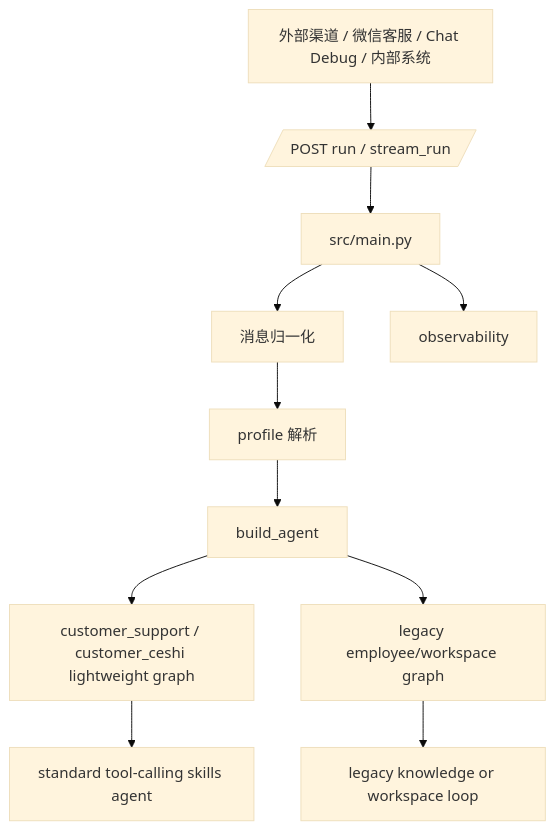
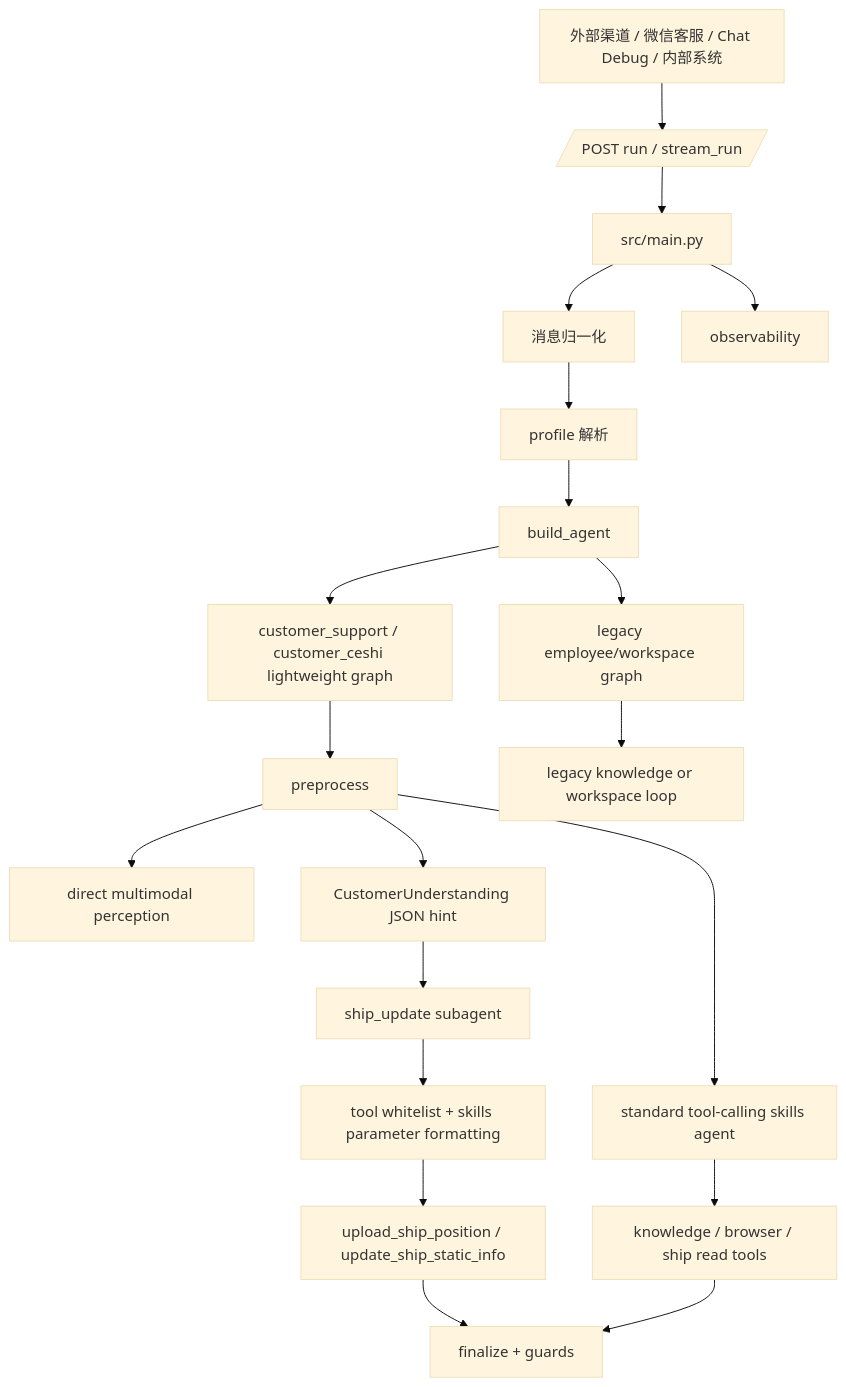
The first of 3 diagrams in docs/AGENT_TECHNICAL_DOCUMENTATION.md (lr12338/hifleet-agent), drawn with Mermaid (base theme) before and after one commit. The commit also changed other lines of this file and 14 other files, not shown here.

Commit message:
Refine ship update subagent formatting

````diff
--- a/docs/AGENT_TECHNICAL_DOCUMENTATION.md
+++ b/docs/AGENT_TECHNICAL_DOCUMENTATION.md
@@ -12,13 +12,22 @@
 ```mermaid
 flowchart TD
     Caller[外部渠道 / 微信客服 / Chat Debug / 内部系统] --> API[/POST run / stream_run/]
     API --> Main[src/main.py]
     Main --> Normalize[消息归一化]
     Normalize --> Profile[profile 解析]
     Profile --> Build[build_agent]
     Build --> CS[customer_support / customer_ceshi lightweight graph]
+    CS --> Pre[preprocess]
+    Pre --> Perception[direct multimodal perception]
+    Pre --> Understanding[CustomerUnderstanding JSON hint]
+    Understanding --> ShipUpdate[ship_update subagent]
+    ShipUpdate --> WriteBoundary[tool whitelist + skills parameter formatting]
+    WriteBoundary --> WriteTools[upload_ship_position / update_ship_static_info]
+    Pre --> Standard[standard tool-calling skills agent]
+    Standard --> ReadTools[knowledge / browser / ship read tools]
     Build --> EMP[legacy employee/workspace graph]
-    CS --> Standard[standard tool-calling skills agent]
     EMP --> EmployeeLoop[legacy knowledge or workspace loop]
+    WriteTools --> Finalize[finalize + guards]
+    ReadTools --> Finalize
     Main --> Obs[observability]
 ```
````
